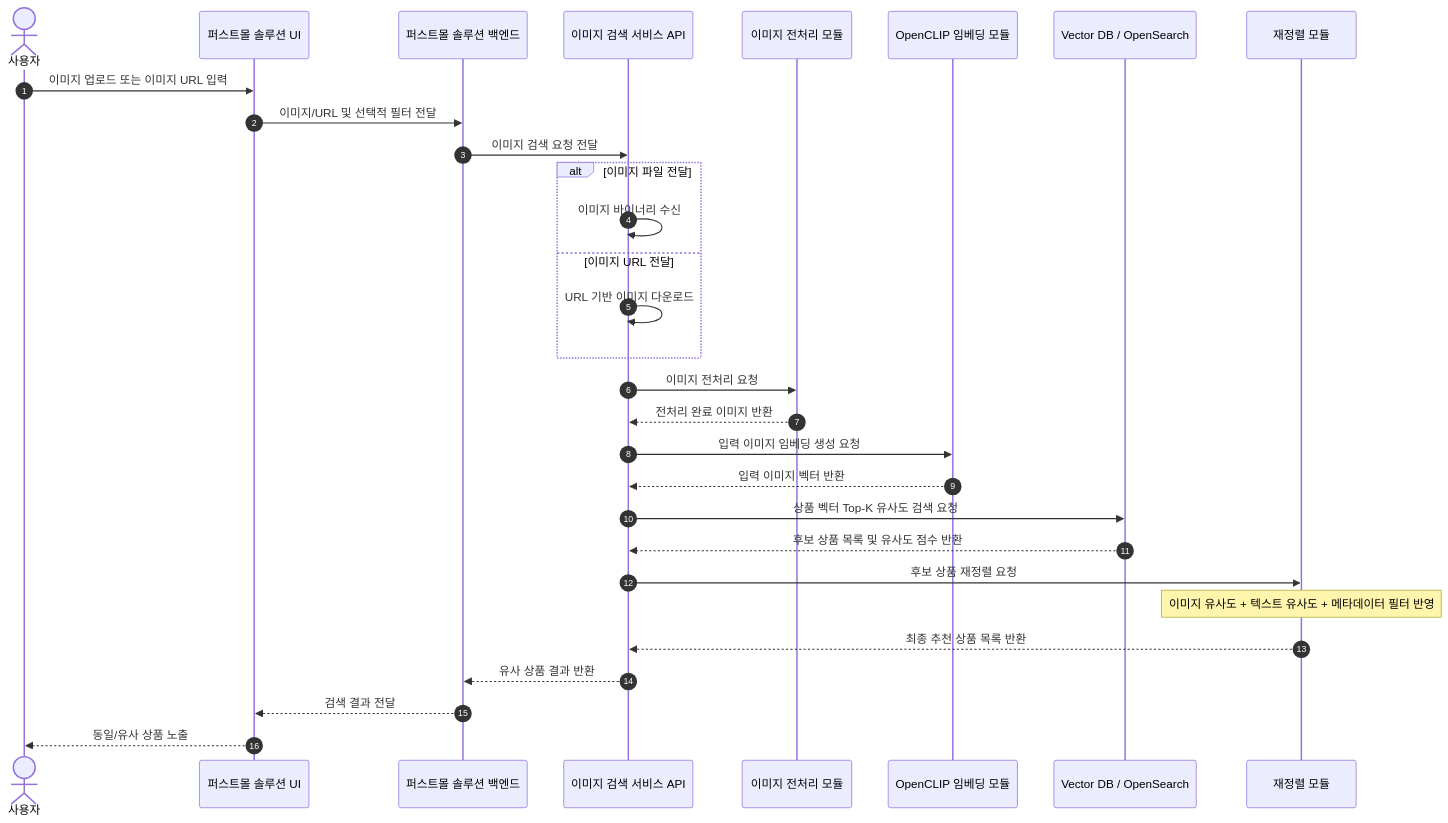
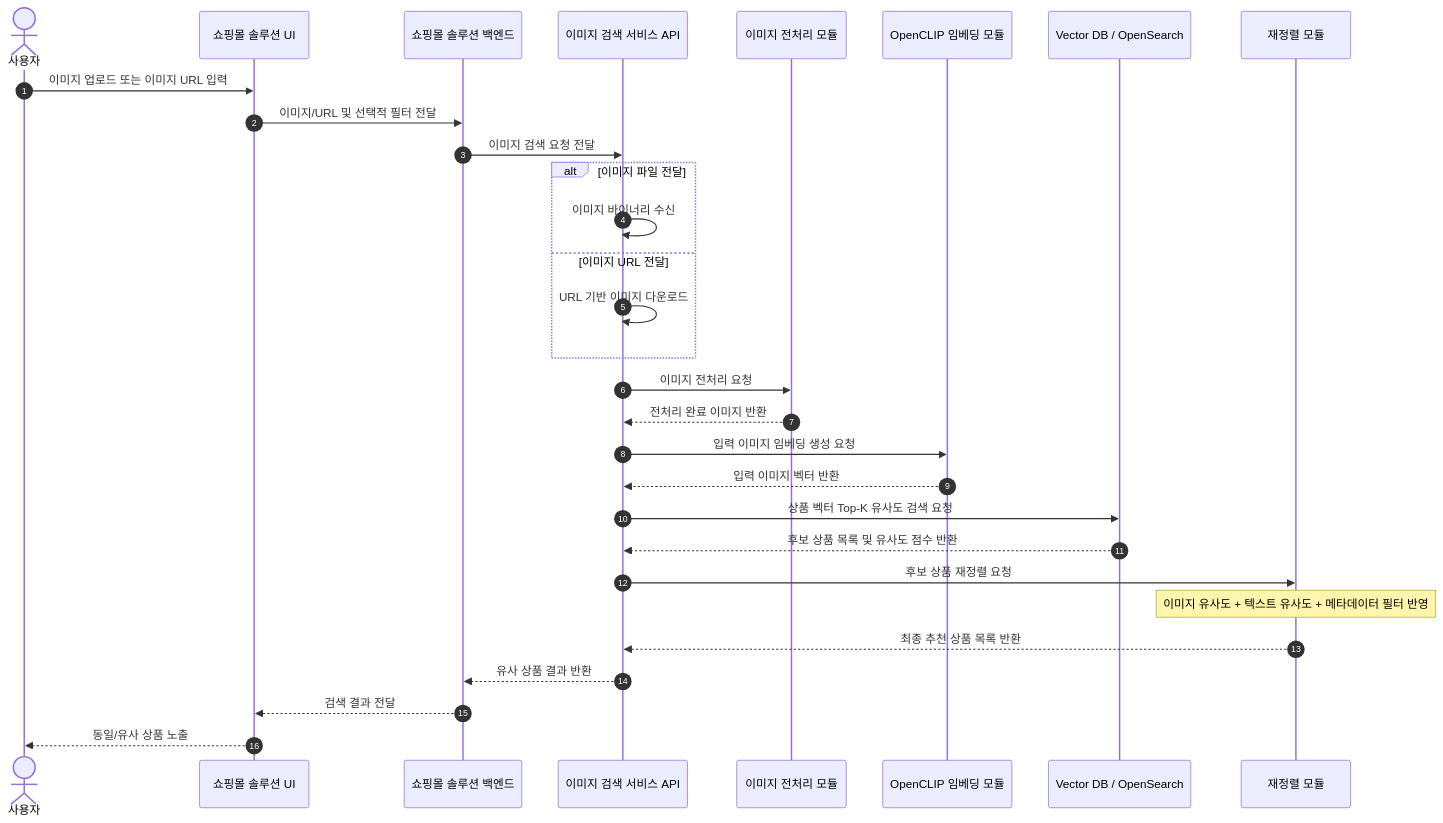
Before and after one commit to cincin00/playground-CLIP: the sixth of 7 diagrams in README.md, drawn with Mermaid. The commit also changed other lines of this file, not shown here.

Commit message:
README.md 파일 업데이트: 퍼스트몰 관련 용어를 쇼핑몰로 변경

````diff
--- a/README.md
+++ b/README.md
@@ -167,39 +167,39 @@
 ```mermaid
 sequenceDiagram
     autonumber
     actor User as 사용자
-    participant FMUI as 퍼스트몰 솔루션 UI
-    participant FMAPI as 퍼스트몰 솔루션 백엔드
+    participant FMUI as 쇼핑몰 솔루션 UI
+    participant FMAPI as 쇼핑몰 솔루션 백엔드
     participant ISAPI as 이미지 검색 서비스 API
     participant PRE as 이미지 전처리 모듈
     participant CLIP as OpenCLIP 임베딩 모듈
     participant VDB as Vector DB / OpenSearch
     participant RANK as 재정렬 모듈
 
     User->>FMUI: 이미지 업로드 또는 이미지 URL 입력
     FMUI->>FMAPI: 이미지/URL 및 선택적 필터 전달
     FMAPI->>ISAPI: 이미지 검색 요청 전달
 
     alt 이미지 파일 전달
         ISAPI->>ISAPI: 이미지 바이너리 수신
     else 이미지 URL 전달
         ISAPI->>ISAPI: URL 기반 이미지 다운로드
     end
 
     ISAPI->>PRE: 이미지 전처리 요청
     PRE-->>ISAPI: 전처리 완료 이미지 반환
 
     ISAPI->>CLIP: 입력 이미지 임베딩 생성 요청
     CLIP-->>ISAPI: 입력 이미지 벡터 반환
 
     ISAPI->>VDB: 상품 벡터 Top-K 유사도 검색 요청
     VDB-->>ISAPI: 후보 상품 목록 및 유사도 점수 반환
 
     ISAPI->>RANK: 후보 상품 재정렬 요청
     Note over RANK: 이미지 유사도 + 텍스트 유사도 + 메타데이터 필터 반영
     RANK-->>ISAPI: 최종 추천 상품 목록 반환
 
     ISAPI-->>FMAPI: 유사 상품 결과 반환
     FMAPI-->>FMUI: 검색 결과 전달
     FMUI-->>User: 동일/유사 상품 노출
 ```
````
